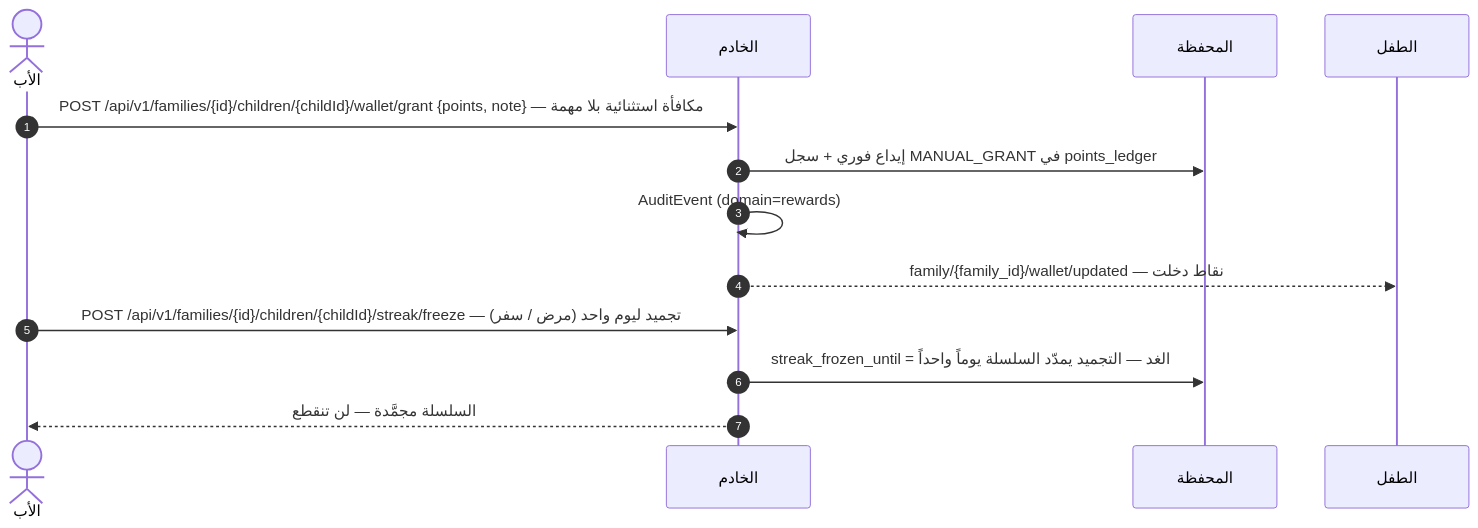
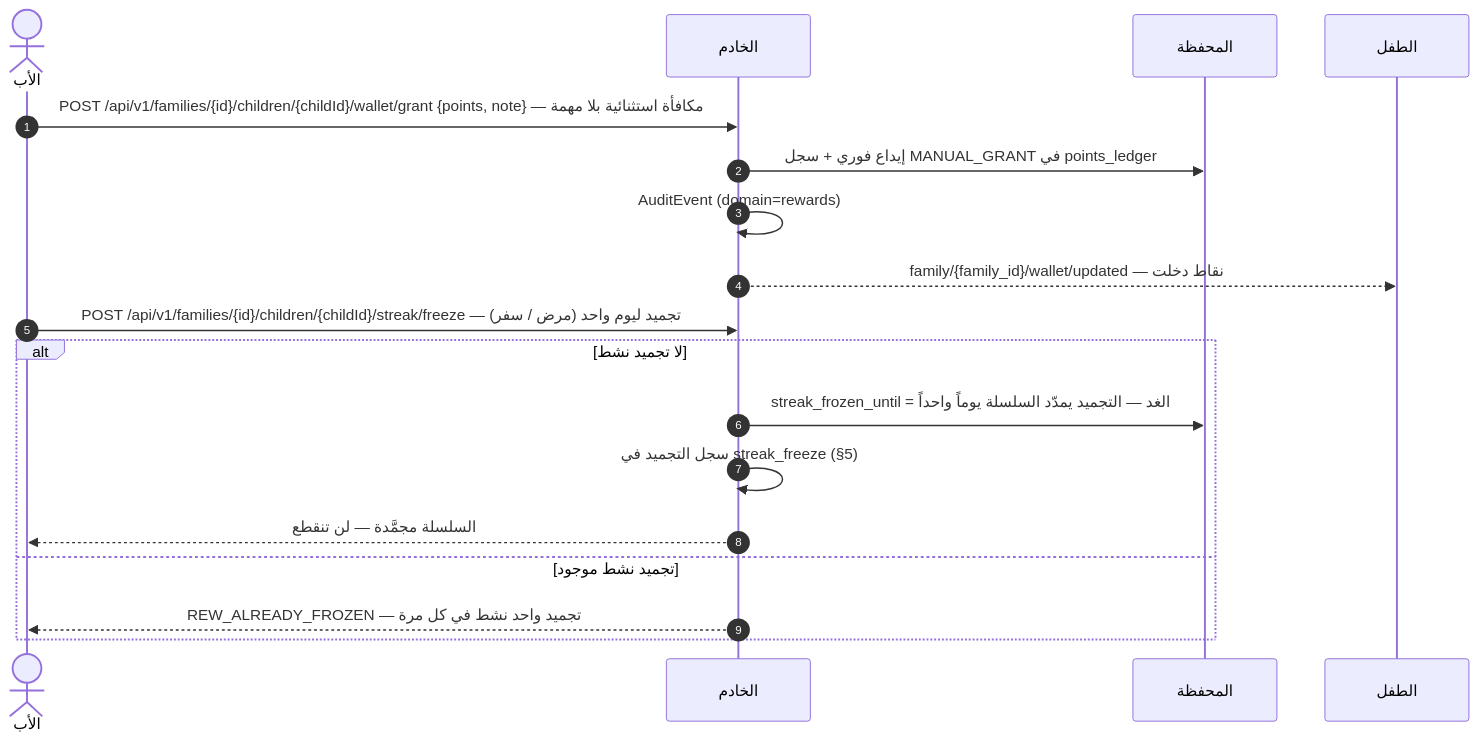
Before and after one commit to Bassam-mohammed-alqaeadi/family-os-v2: the sixth of 12 diagrams in docs/family-os/governance/phases/phase-1/S1-05-rewards-children/DIAGRAMS.md, drawn with Mermaid. The commit also changed other lines of this file and 3 other files, not shown here.

````diff
--- a/docs/family-os/governance/phases/phase-1/S1-05-rewards-children/DIAGRAMS.md
+++ b/docs/family-os/governance/phases/phase-1/S1-05-rewards-children/DIAGRAMS.md
@@ -302,15 +316,20 @@
 ```mermaid
 sequenceDiagram
     autonumber
     actor Father as الأب
     participant Ktor as الخادم
     participant Wallet as المحفظة
     participant Child as الطفل
     Father->>Ktor: POST /api/v1/families/{id}/children/{childId}/wallet/grant {points, note} — مكافأة استثنائية بلا مهمة
     Ktor->>Wallet: إيداع فوري + سجل MANUAL_GRANT في points_ledger
     Ktor->>Ktor: AuditEvent (domain=rewards)
     Ktor-->>Child: family/{family_id}/wallet/updated — نقاط دخلت
     Father->>Ktor: POST /api/v1/families/{id}/children/{childId}/streak/freeze — تجميد ليوم واحد (مرض / سفر)
-    Ktor->>Wallet: streak_frozen_until = الغد — التجميد يمدّد السلسلة يوماً واحداً
-    Ktor-->>Father: السلسلة مجمَّدة — لن تنقطع
+    alt لا تجميد نشط
+        Ktor->>Wallet: streak_frozen_until = الغد — التجميد يمدّد السلسلة يوماً واحداً
+        Ktor->>Ktor: سجل التجميد في streak_freeze (§5)
+        Ktor-->>Father: السلسلة مجمَّدة — لن تنقطع
+    else تجميد نشط موجود
+        Ktor-->>Father: REW_ALREADY_FROZEN — تجميد واحد نشط في كل مرة
+    end
 ```
````
